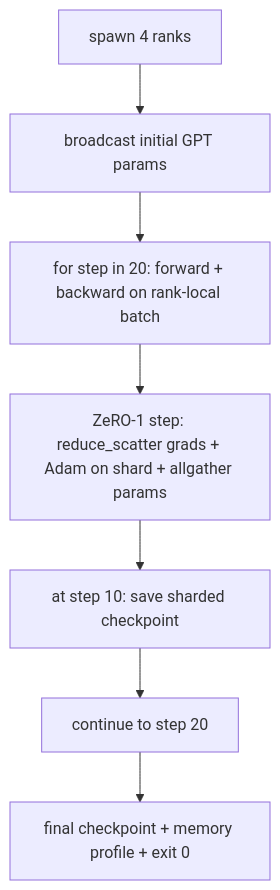
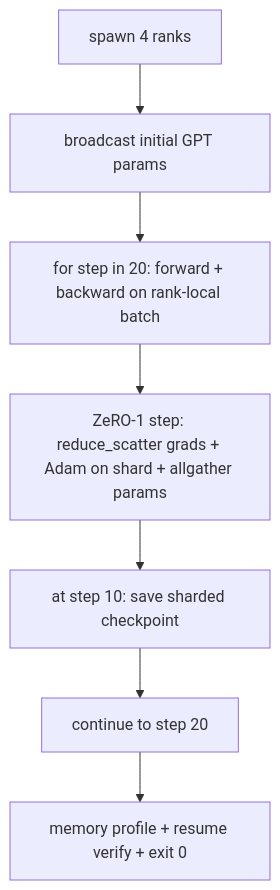
Before and after one commit to josh6011/ai-engineering: the diagram in phases/19-capstone-projects/81-end-to-end-distributed-train/docs/en.md, drawn with Mermaid. The commit also changed other lines of this file and 2 other files, not shown here.

````diff
--- a/phases/19-capstone-projects/81-end-to-end-distributed-train/docs/en.md
+++ b/phases/19-capstone-projects/81-end-to-end-distributed-train/docs/en.md
@@ -25,9 +25,9 @@
 ```mermaid
 flowchart TB
   A[spawn 4 ranks] --> B[broadcast initial GPT params]
   B --> C[for step in 20: forward + backward on rank-local batch]
   C --> D[ZeRO-1 step: reduce_scatter grads + Adam on shard + allgather params]
   D --> E[at step 10: save sharded checkpoint]
   E --> F[continue to step 20]
-  F --> G[final checkpoint + memory profile + exit 0]
+  F --> G[memory profile + resume verify + exit 0]
 ```
````
